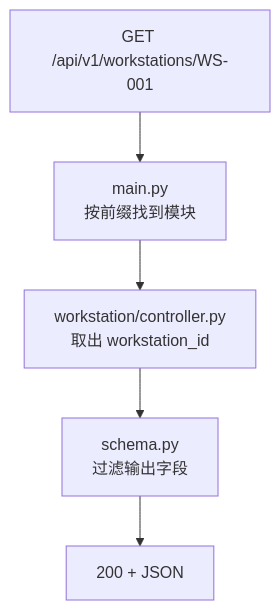
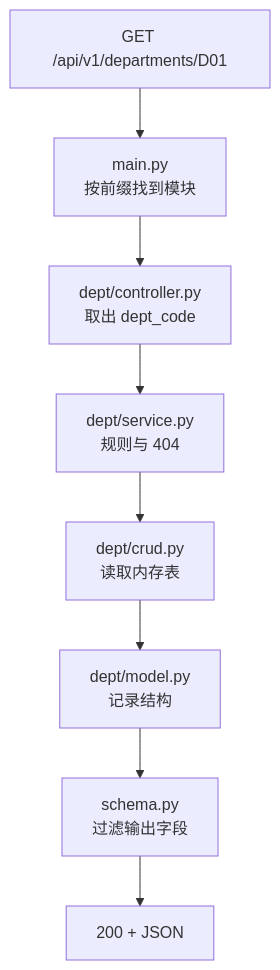
One commit to PrinZzzzjn/software-engineering-textbook changed the first of 2 diagrams in 软件工程实践-2.0/05-项目初始化与版本控制.md. Above: the diagram before and after it, drawn with Mermaid. The commit also changed other lines of this file and 130 other files, not shown here.

````diff
--- a/软件工程实践-2.0/05-项目初始化与版本控制.md
+++ b/软件工程实践-2.0/05-项目初始化与版本控制.md
@@ -107,7 +114,10 @@
 ```mermaid
 flowchart TD
-    A[GET /api/v1/workstations/WS-001] --> B[main.py<br/>按前缀找到模块]
-    B --> C[workstation/controller.py<br/>取出 workstation_id]
-    C --> D[schema.py<br/>过滤输出字段]
-    D --> E[200 + JSON]
+    A[GET /api/v1/departments/D01] --> B[main.py<br/>按前缀找到模块]
+    B --> C[dept/controller.py<br/>取出 dept_code]
+    C --> D[dept/service.py<br/>规则与 404]
+    D --> E[dept/crud.py<br/>读取内存表]
+    E --> F[dept/model.py<br/>记录结构]
+    F --> G[schema.py<br/>过滤输出字段]
+    G --> H[200 + JSON]
 ```
````
